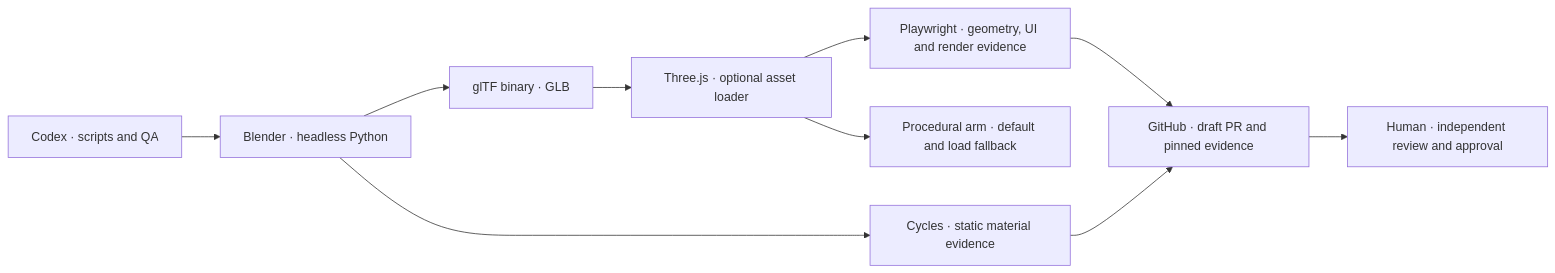
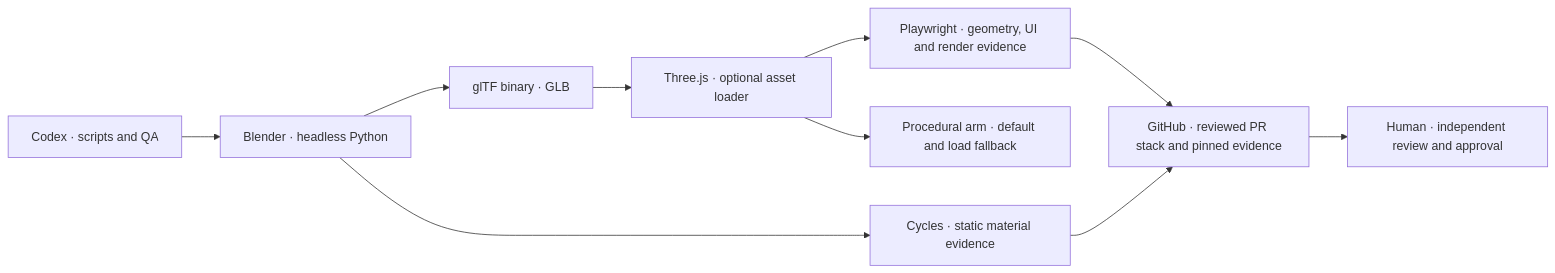
Before and after one commit to heyitschien/threejs-experiment-animations: the diagram in docs/ARCHITECTURE.md, drawn with Mermaid. The commit also changed 5 other files, not shown here.

````diff
--- a/docs/ARCHITECTURE.md
+++ b/docs/ARCHITECTURE.md
@@ -5,12 +5,12 @@
 ```mermaid
 flowchart LR
     C["Codex · scripts and QA"] --> P["Blender · headless Python"]
     P --> G["glTF binary · GLB"]
     G --> T["Three.js · optional asset loader"]
     T --> Q["Playwright · geometry, UI and render evidence"]
-    Q --> H["GitHub · draft PR and pinned evidence"]
+    Q --> H["GitHub · reviewed PR stack and pinned evidence"]
     H --> R["Human · independent review and approval"]
     T --> F["Procedural arm · default and load fallback"]
     P --> S["Cycles · static material evidence"]
     S --> H
 ```
````
